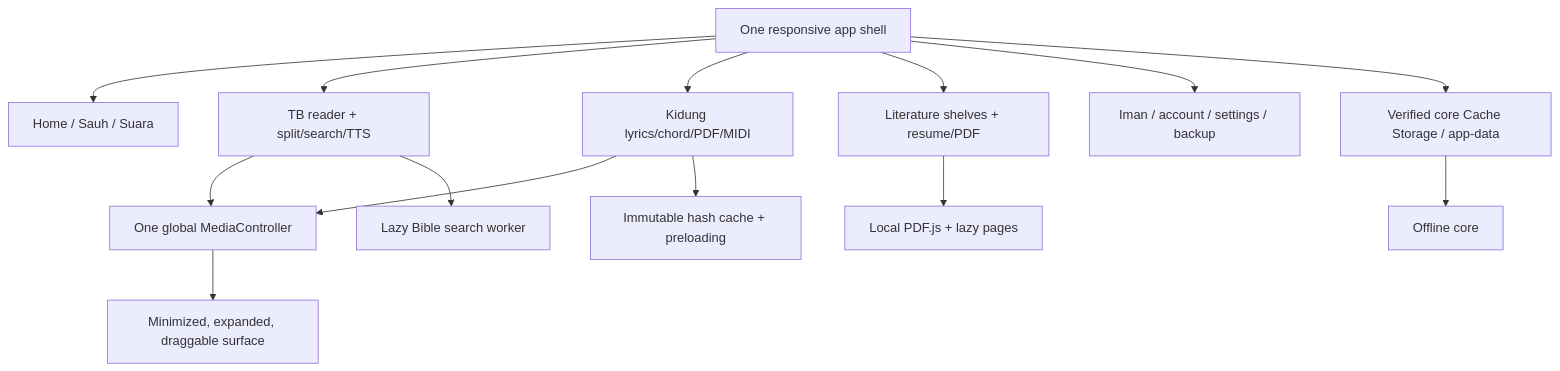
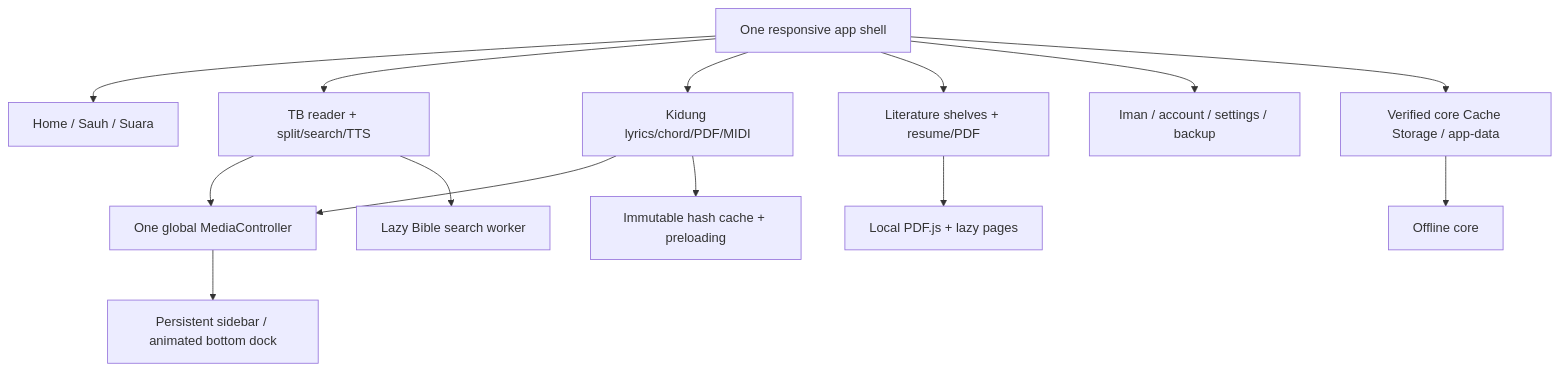
The second of 8 diagrams in README.md (gyspnk/GYSApp-Tauri), drawn with Mermaid before and after one commit. The commit also changed 33 other files, not shown here.

Commit message:
Add persistent sidebar media and independent PDF reading mode

````diff
--- a/README.md
+++ b/README.md
@@ -61,16 +61,16 @@
 ```mermaid
 flowchart TB
   SHELL["One responsive app shell"] --> HOME["Home / Sauh / Suara"]
   SHELL --> BIBLE["TB reader + split/search/TTS"]
   SHELL --> HYMNS["Kidung lyrics/chord/PDF/MIDI"]
   SHELL --> LIT["Literature shelves + resume/PDF"]
   SHELL --> MORE["Iman / account / settings / backup"]
   BIBLE --> MEDIA["One global MediaController"]
   HYMNS --> MEDIA
-  MEDIA --> FLOAT["Minimized, expanded, draggable surface"]
+  MEDIA --> DOCK["Persistent sidebar / animated bottom dock"]
   HYMNS --> MUSICCACHE["Immutable hash cache + preloading"]
   LIT --> PDF["Local PDF.js + lazy pages"]
   BIBLE --> WORKER["Lazy Bible search worker"]
   SHELL --> CACHE["Verified core Cache Storage / app-data"]
   CACHE --> OFFLINE["Offline core"]
 ```
````
